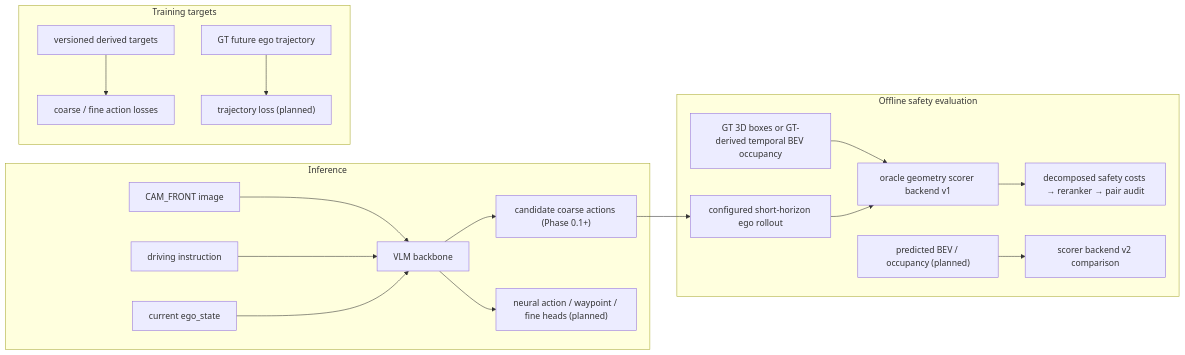
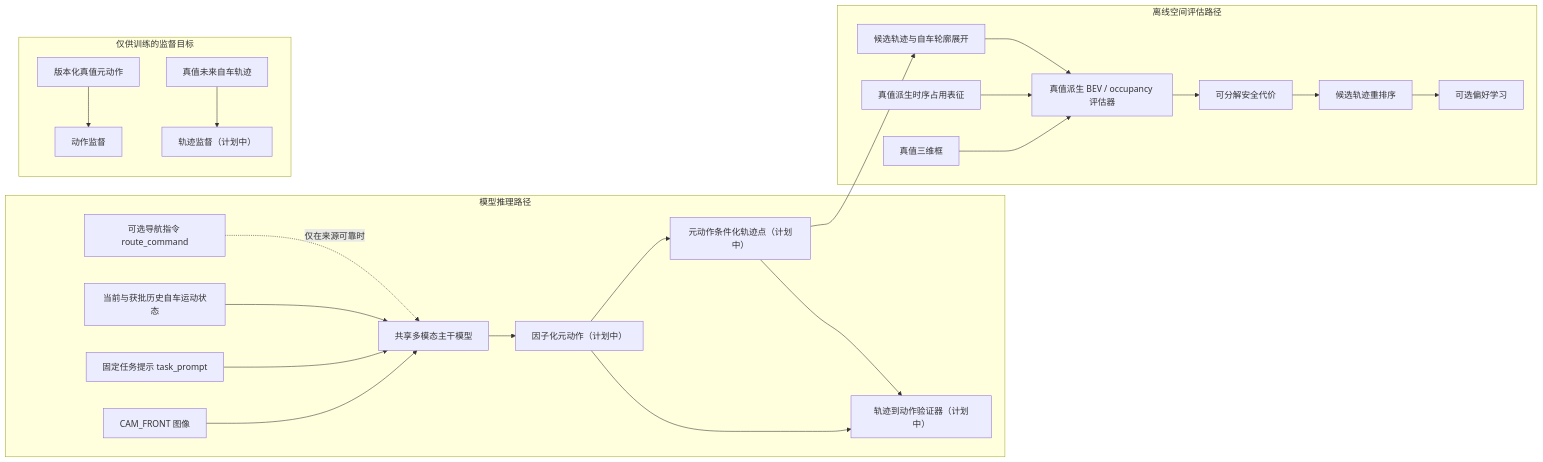
One commit to TNAG031231/4vla_learning changed the diagram in project_mvp_plan.md. Above: the diagram before and after it, drawn with Mermaid. The commit also changed other lines of this file, not shown here.

Commit message:
docs: refine VLA action space and project positioning

````diff
--- a/project_mvp_plan.md
+++ b/project_mvp_plan.md
@@ -30,23 +68,28 @@
 ```mermaid
 flowchart LR
-    subgraph Inference
-        A["CAM_FRONT image"] --> D["VLM backbone"]
-        B["driving instruction"] --> D
-        C["current ego_state"] --> D
-        D --> E["candidate coarse actions (Phase 0.1+)"]
-        D --> F["neural action / waypoint / fine heads (planned)"]
+    subgraph Inference["模型推理路径"]
+        A["CAM_FRONT 图像"] --> E["共享多模态主干模型"]
+        B["固定任务提示 task_prompt"] --> E
+        C["当前与获批历史自车运动状态"] --> E
+        D["可选导航指令 route_command"] -.->|仅在来源可靠时| E
+        E --> F["因子化元动作（计划中）"]
+        F --> G["元动作条件化轨迹点（计划中）"]
+        F --> H["轨迹到动作验证器（计划中）"]
+        G --> H
     end
 
-    subgraph Training targets
-        G["versioned derived targets"] --> H["coarse / fine action losses"]
-        I["GT future ego trajectory"] --> J["trajectory loss (planned)"]
+    subgraph Training["仅供训练的监督目标"]
+        I["版本化真值元动作"] --> J["动作监督"]
+        K["真值未来自车轨迹"] --> L["轨迹监督（计划中）"]
     end
 
-    subgraph Offline safety evaluation
-        E --> M["configured short-horizon ego rollout"]
-        K["GT 3D boxes or GT-derived temporal BEV occupancy"] --> L["oracle geometry scorer backend v1"]
-        M --> L
-        L --> N["decomposed safety costs → reranker → pair audit"]
-        O["predicted BEV / occupancy (planned)"] --> P["scorer backend v2 comparison"]
+    subgraph Evaluation["离线空间评估路径"]
+        G --> M["候选轨迹与自车轮廓展开"]
+        N["真值三维框"] --> P["真值派生 BEV / occupancy 评估器"]
+        O["真值派生时序占用表征"] --> P
+        M --> P
+        P --> Q["可分解安全代价"]
+        Q --> R["候选轨迹重排序"]
+        R --> S["可选偏好学习"]
     end
 ```
````
